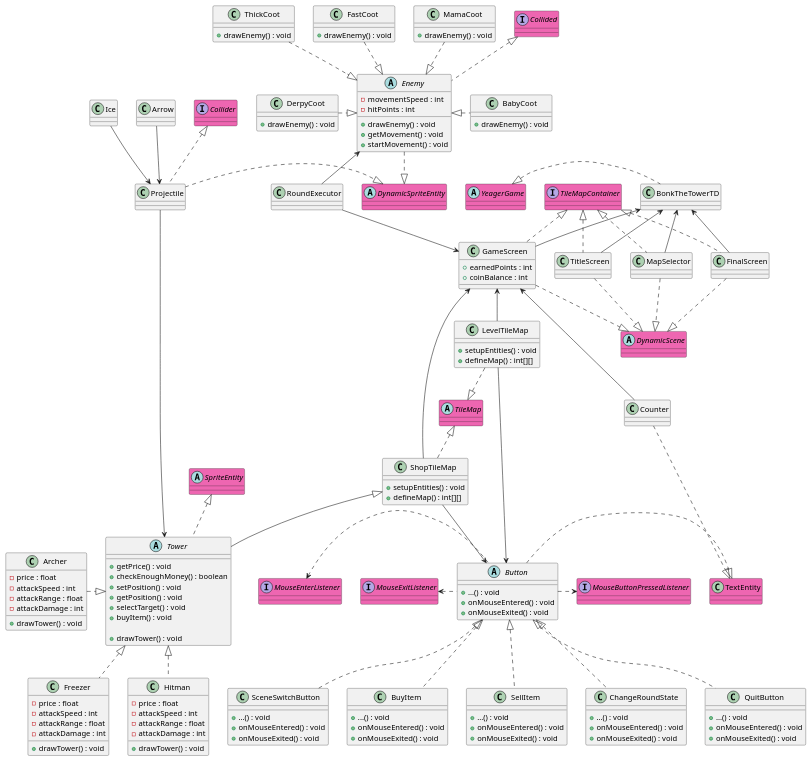
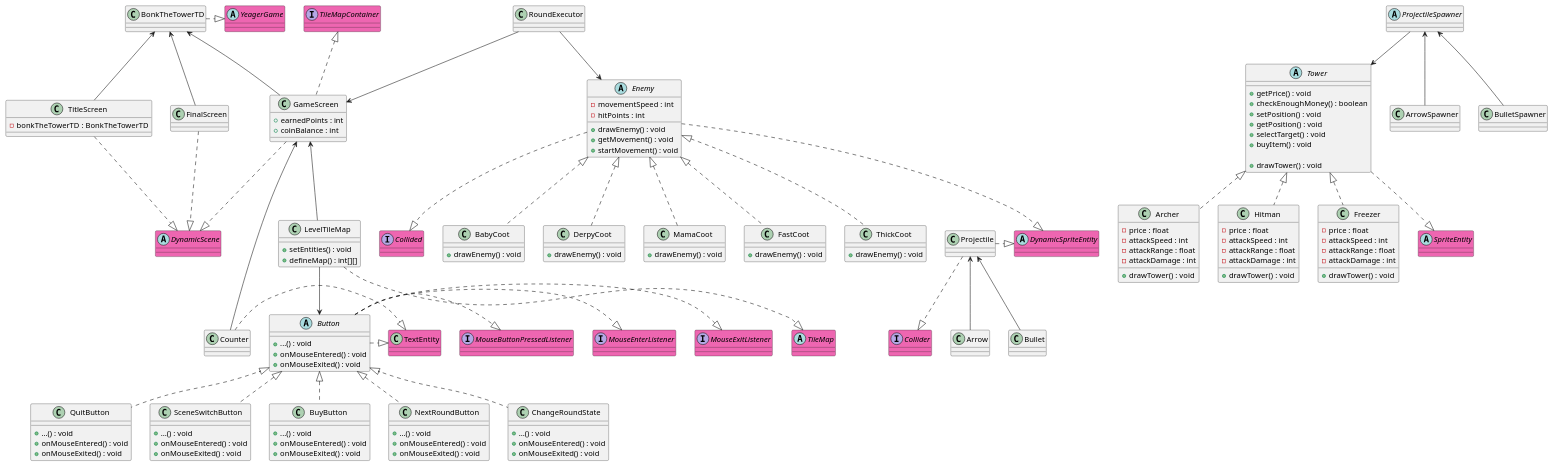
Before and after one commit to JordanGeurtsen/ErenYaeger: the diagram in src/main/BonkTheTowerUML.plantuml, drawn with PlantUML. The commit also changed 1 other file, not shown here.

```diff
--- a/src/main/BonkTheTowerUML.plantuml
+++ b/src/main/BonkTheTowerUML.plantuml
@@ -3,9 +3,8 @@
 
 }
 
-BonkTheTowerTD .up|> YeagerGame
+BonkTheTowerTD .|> YeagerGame
 BonkTheTowerTD <-- TitleScreen
-BonkTheTowerTD <-- MapSelector
 BonkTheTowerTD <-- GameScreen
 BonkTheTowerTD <-- FinalScreen
 
@@ -18,19 +17,14 @@
 +coinBalance : int
 }
 
-GameScreen <-- ShopTileMap
 GameScreen <-- LevelTileMap
 GameScreen <-- Counter
 
 class TitleScreen {
-
+- bonkTheTowerTD : BonkTheTowerTD
 }
 
 class TextEntity {
-
-}
-
-class MapSelector {
 
 }
 
@@ -42,12 +36,7 @@
 
 }
 
-TileMapContainer <|.. TitleScreen
 TileMapContainer <|.. GameScreen
-TileMapContainer <|.. MapSelector
-TileMapContainer <|.. FinalScreen
-
-TileMap <|.. ShopTileMap
 
 class FinalScreen {
 
@@ -59,18 +48,17 @@
 
 GameScreen ..|> DynamicScene
 TitleScreen ..|> DynamicScene
-MapSelector ..|> DynamicScene
 FinalScreen ..|> DynamicScene
 
 class RoundExecutor {
 
 }
 
-RoundExecutor -up-> Enemy
+RoundExecutor --> Enemy
 RoundExecutor --> GameScreen
 
 class LevelTileMap {
-+setupEntities() : void
++setEntities() : void
 +defineMap() : int[][]
 }
 
@@ -84,15 +72,15 @@
 
 }
 
-Button .left> MouseExitListener
-Button .left> MouseEnterListener
-Button .right> MouseButtonPressedListener
-Button .right|> TextEntity
+Button .|> MouseExitListener
+Button .|> MouseEnterListener
+Button .|> MouseButtonPressedListener
+Button .|> TextEntity
 
 Button <|.. QuitButton
 Button <|.. SceneSwitchButton
-Button <|.. BuyItem
-Button <|.. SellItem
+Button <|.. BuyButton
+Button <|.. NextRoundButton
 Button <|.. ChangeRoundState
 
 interface MouseButtonPressedListener #EE66B1 {
@@ -123,13 +111,13 @@
 +onMouseExited() : void
 }
 
-class BuyItem {
+class BuyButton {
 +...() : void
 +onMouseEntered() : void
 +onMouseExited() : void
 }
 
-class SellItem {
+class NextRoundButton {
 +...() : void
 +onMouseEntered() : void
 +onMouseExited() : void
@@ -146,15 +134,6 @@
 }
 
 Counter .|> TextEntity
-
-class ShopTileMap {
-+setupEntities() : void
-+defineMap() : int[][]
-}
-
-ShopTileMap <|-- Tower
-ShopTileMap --> Button
-
 
 abstract class Tower {
 +getPrice() : void
@@ -194,13 +173,13 @@
 +drawTower() : void
 }
 
-Tower <|.left. Archer
+Tower <|.. Archer
 Tower <|.. Hitman
 Tower <|.. Freezer
 
-Tower .up.|> SpriteEntity
+Tower ..|> SpriteEntity
 Enemy ..|> DynamicSpriteEntity
-Projectile .right|> DynamicSpriteEntity
+Projectile .|> DynamicSpriteEntity
 
 abstract class SpriteEntity #EE66B1 {
 
@@ -210,6 +189,19 @@
 
 }
 
+abstract class ProjectileSpawner {
+}
+
+class ArrowSpawner {
+}
+
+class BulletSpawner {
+}
+
+ProjectileSpawner --> Tower
+ProjectileSpawner <-- ArrowSpawner
+ProjectileSpawner <-- BulletSpawner
+
 class Projectile {
 
 }
@@ -217,20 +209,18 @@
 interface Collider #EE66B1{
 }
 
-Projectile .up.|>Collider
-Projectile --> Tower
+Projectile ..|>Collider
+
 
 class Arrow {
 
 }
 
-class Ice {
-
+class Bullet {
 }
 
-Projectile <-up- Arrow
-Projectile <-up- Ice
-
+Projectile <-- Arrow
+Projectile <-- Bullet
 
 abstract class Enemy {
 -movementSpeed : int
@@ -245,7 +235,7 @@
 
 }
 
-Enemy .up.|> Collided
+Enemy ..|> Collided
 
 class BabyCoot {
 +drawEnemy() : void
@@ -267,10 +257,10 @@
 +drawEnemy() : void
 }
 
-Enemy <|.right. BabyCoot
-Enemy <|.left. DerpyCoot
-Enemy <|.up. MamaCoot
-Enemy <|.up. FastCoot
-Enemy <|.up. ThickCoot
+Enemy <|.. BabyCoot
+Enemy <|.. DerpyCoot
+Enemy <|.. MamaCoot
+Enemy <|.. FastCoot
+Enemy <|.. ThickCoot
 
 @enduml
```
